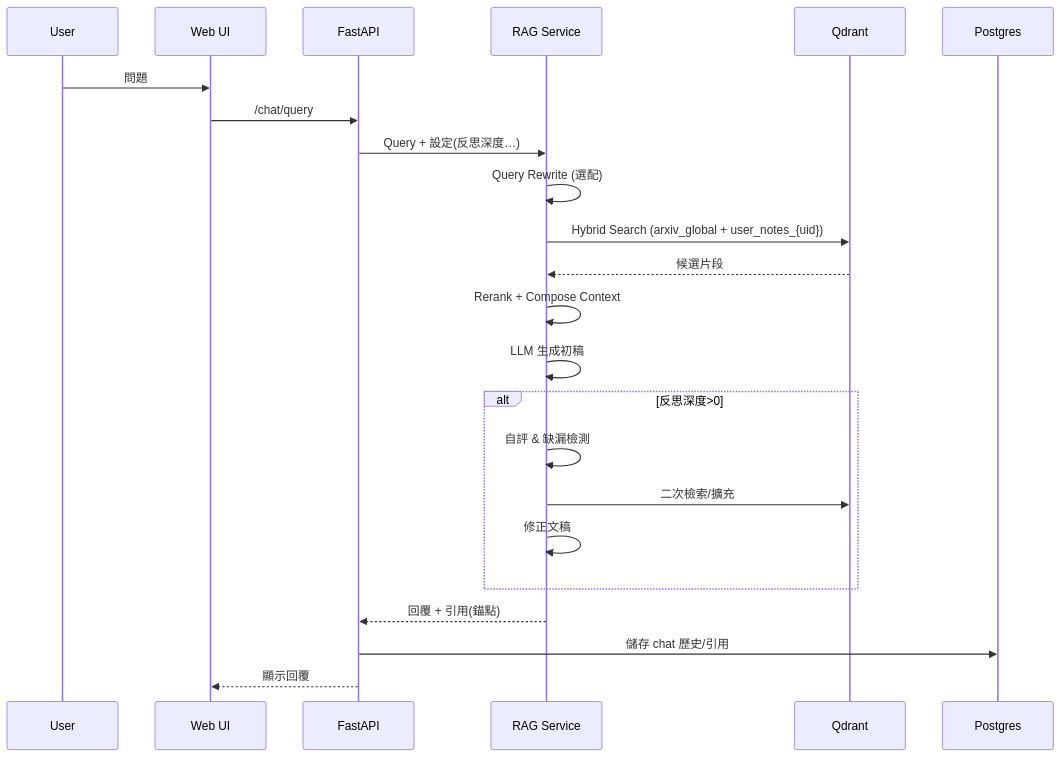
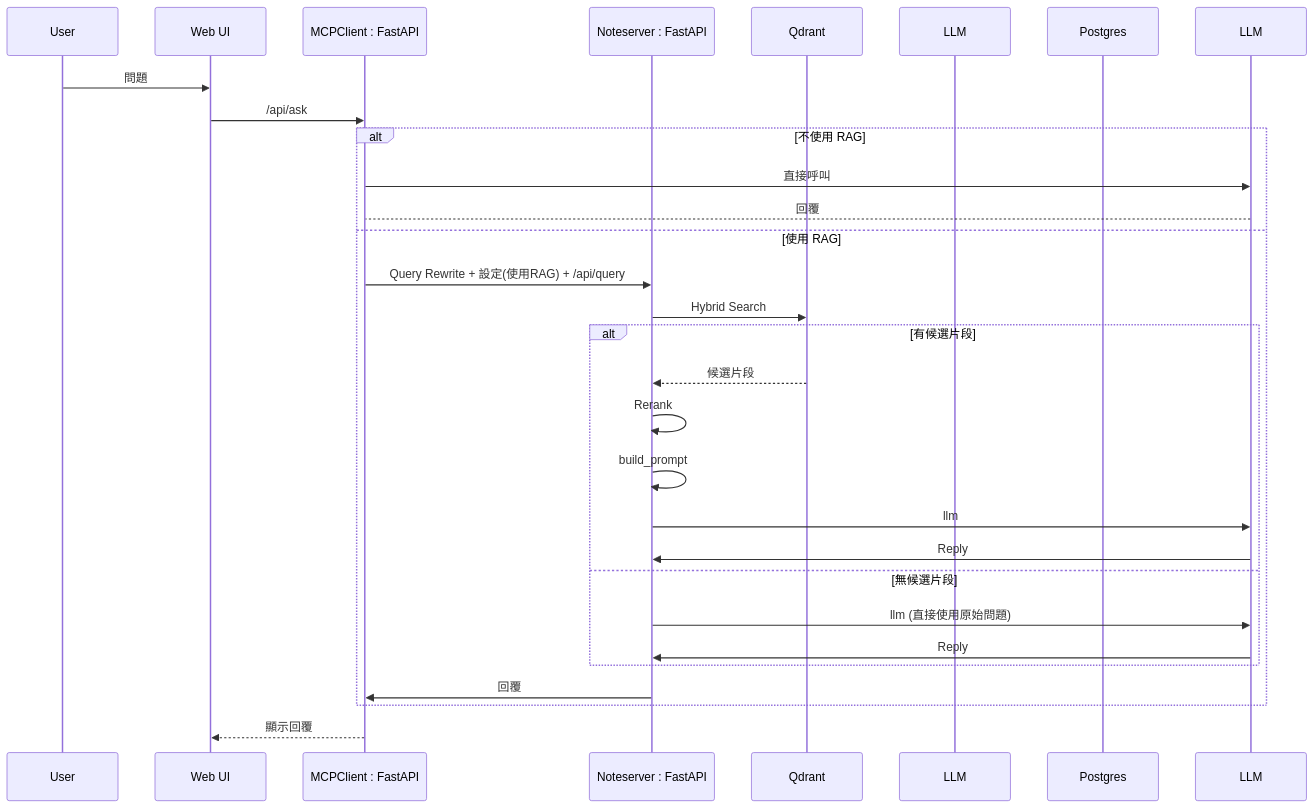
One commit to a920604a/llm-assistant changed the second of 3 diagrams in docs/技術說明書.md. Above: the diagram before and after it, drawn with Mermaid. The commit also changed other lines of this file, not shown here.

Commit message:
refactor: Update technical design document to enhance clarity and structure of arXiv ingestion and RAG chat processes

````diff
--- a/docs/技術說明書.md
+++ b/docs/技術說明書.md
@@ -77,25 +81,31 @@
 ```mermaid
 sequenceDiagram
   participant U as User
   participant FE as Web UI
-  participant API as FastAPI
-  participant R as RAG Service
+  participant API as MCPClient : FastAPI
+  participant R as Noteserver : FastAPI
   participant Q as Qdrant
+  participant L as LLM
   participant DB as Postgres
   U->>FE: 問題
-  FE->>API: /chat/query
-  API->>R: Query + 設定(反思深度…)
-  R->>R: Query Rewrite (選配)
-  R->>Q: Hybrid Search (arxiv_global + user_notes_{uid})
-  Q-->>R: 候選片段
-  R->>R: Rerank + Compose Context
-  R->>R: LLM 生成初稿
-  alt 反思深度>0
-    R->>R: 自評 & 缺漏檢測
-    R->>Q: 二次檢索/擴充
-    R->>R: 修正文稿
+  FE->>API: /api/ask
+  alt 不使用 RAG
+    API->>LLM: 直接呼叫
+    LLM-->API: 回覆
+  else 使用 RAG
+    API->>R:  Query Rewrite + 設定(使用RAG) + /api/query
+    R->>Q: Hybrid Search
+    alt 有候選片段
+      Q-->>R: 候選片段
+      R->>R: Rerank
+      R->>R: build_prompt
+      R->>LLM: llm
+      LLM->>R: Reply
+    else 無候選片段
+      R->>LLM: llm (直接使用原始問題)
+      LLM->>R: Reply
+    end
+    R->>API: 回覆
   end
-  R-->>API: 回覆 + 引用(錨點)
-  API->>DB: 儲存 chat 歷史/引用
   API-->>FE: 顯示回覆
 ```
````
